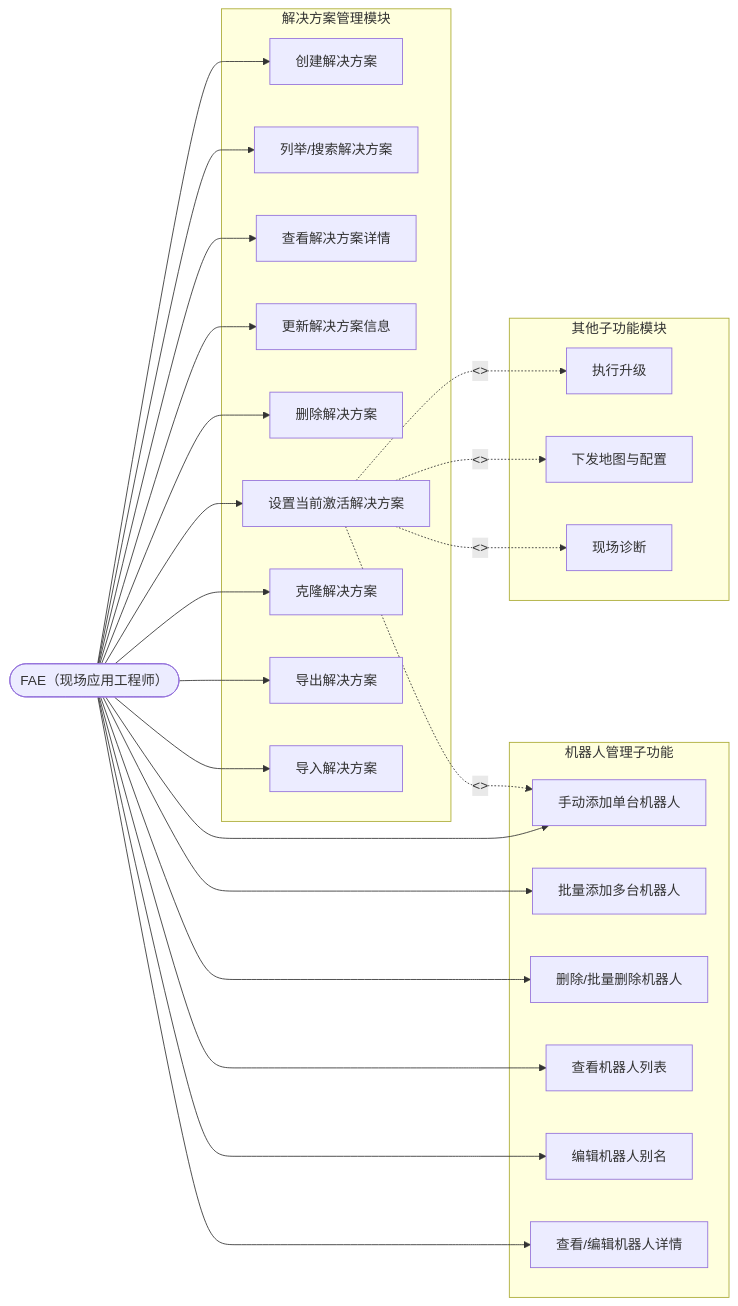
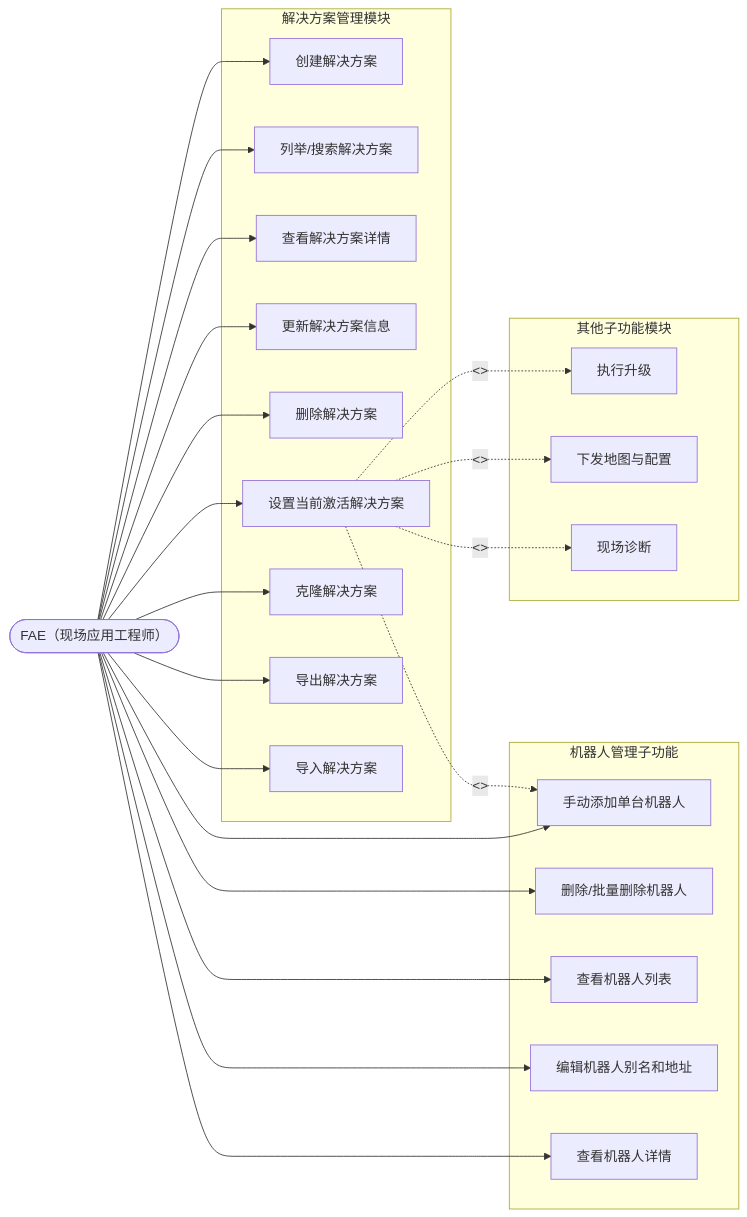
Before and after one commit to etrita005/syrius-robotops: the diagram in documents/requirements/solution_management_requirements.md, drawn with Mermaid. The commit also changed other lines of this file and 42 other files, not shown here.

````diff
--- a/documents/requirements/solution_management_requirements.md
+++ b/documents/requirements/solution_management_requirements.md
@@ -463,58 +413,56 @@
 ```mermaid
 graph LR
     %% 参与者
     FAE(["FAE（现场应用工程师）"])
 
     %% 解决方案管理模块用例
     subgraph 解决方案管理模块
         UC1[创建解决方案]
         UC2[列举/搜索解决方案]
         UC3[查看解决方案详情]
         UC4[更新解决方案信息]
         UC5[删除解决方案]
         UC6[设置当前激活解决方案]
         UC7[克隆解决方案]
         UC8[导出解决方案]
         UC9[导入解决方案]
     end
 
     %% 机器人管理子功能用例
     subgraph 机器人管理子功能
         UC10[手动添加单台机器人]
-        UC11[批量添加多台机器人]
-        UC12[删除/批量删除机器人]
-        UC13[查看机器人列表]
-        UC14[编辑机器人别名]
-        UC15[查看/编辑机器人详情]
+        UC11[删除/批量删除机器人]
+        UC12[查看机器人列表]
+        UC13[编辑机器人别名和地址]
+        UC14[查看机器人详情]
     end
 
     %% 其他子功能用例
     subgraph 其他子功能模块
         UC16[执行升级]
         UC17[下发地图与配置]
         UC18[现场诊断]
     end
 
     %% FAE 与用例关联
     FAE --> UC1
     FAE --> UC2
     FAE --> UC3
     FAE --> UC4
     FAE --> UC5
     FAE --> UC6
     FAE --> UC7
     FAE --> UC8
     FAE --> UC9
     FAE --> UC10
     FAE --> UC11
     FAE --> UC12
     FAE --> UC13
     FAE --> UC14
-    FAE --> UC15
 
     %% include 关系
     UC6 -.->|<<include>>| UC10
     UC6 -.->|<<include>>| UC16
     UC6 -.->|<<include>>| UC17
     UC6 -.->|<<include>>| UC18
 ```
````
